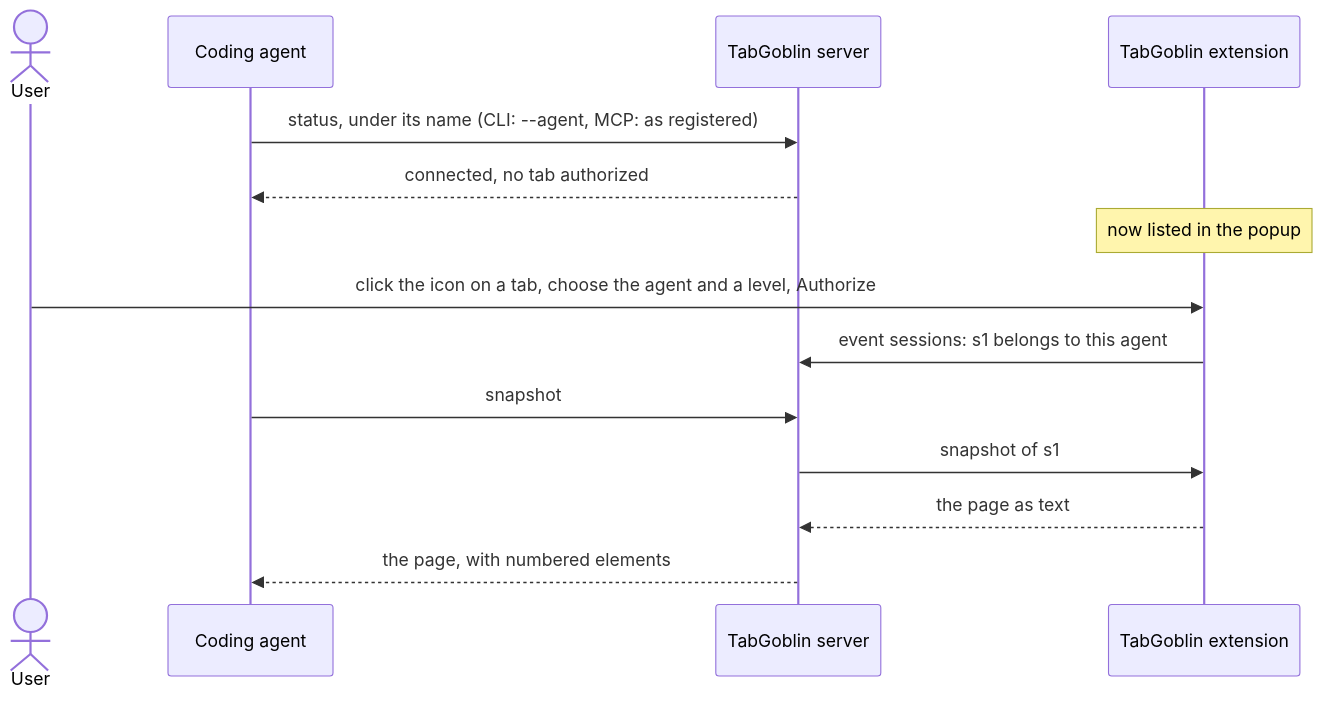
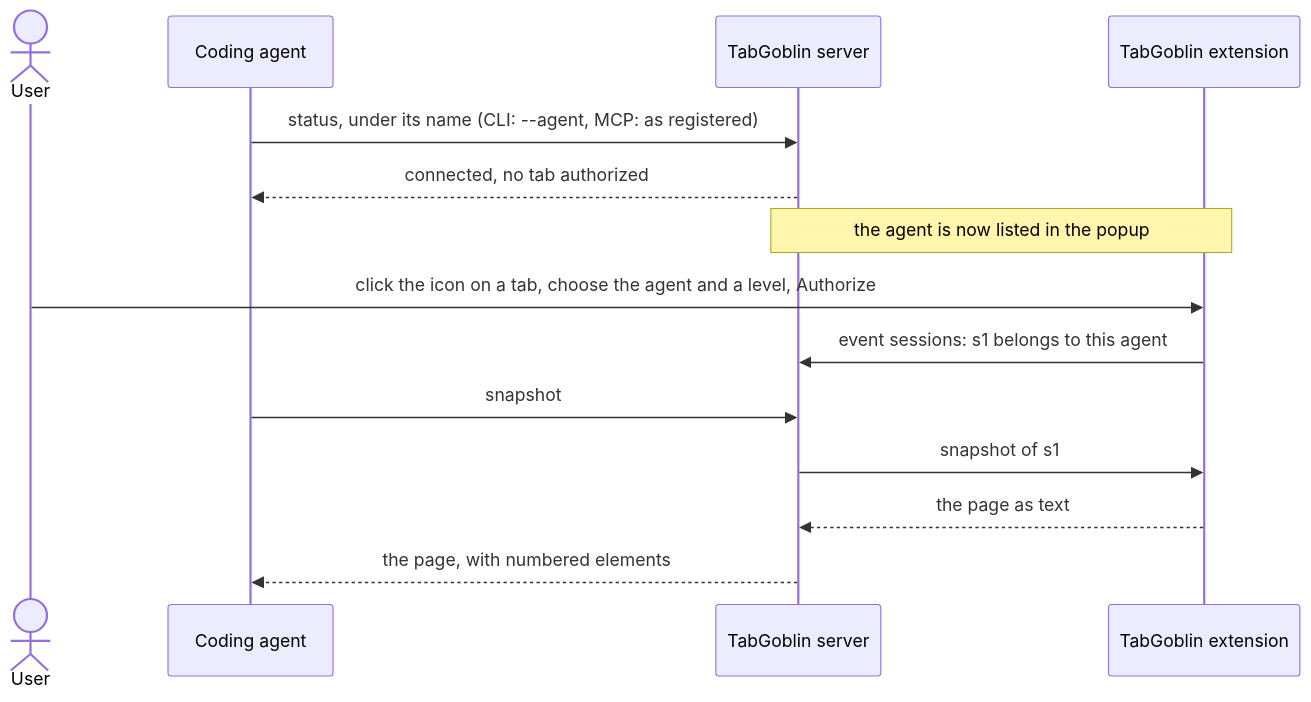
Before and after one commit to LaughingManCommits/TabGoblin: the diagram in docs/installation.md, drawn with Mermaid. The commit also changed 11 other files, not shown here.

First line of the commit message:
Align the diagrams: even legends, labels clear of borders, notes that fit

````diff
--- a/docs/installation.md
+++ b/docs/installation.md
@@ -317,16 +317,16 @@
 ```mermaid
 sequenceDiagram
   actor U as User
   participant A as Coding agent
   participant S as TabGoblin server
   participant X as TabGoblin extension
   A->>S: status, under its name (CLI: --agent, MCP: as registered)
   S-->>A: connected, no tab authorized
-  Note over X: now listed in the popup
+  Note over S,X: the agent is now listed in the popup
   U->>X: click the icon on a tab, choose the agent and a level, Authorize
   X->>S: event sessions: s1 belongs to this agent
   A->>S: snapshot
   S->>X: snapshot of s1
   X-->>S: the page as text
   S-->>A: the page, with numbered elements
 ```
````
